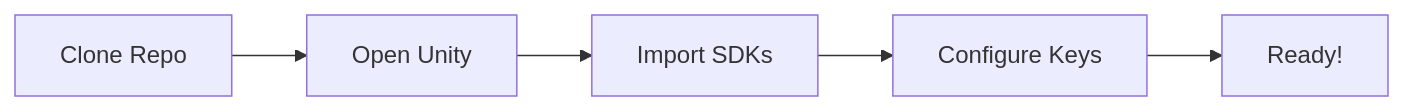
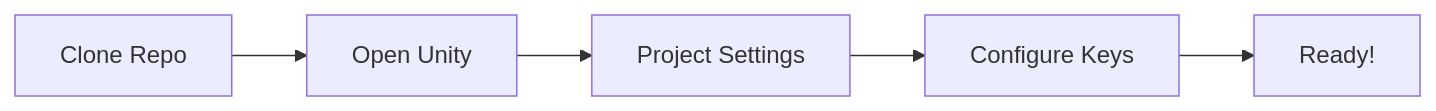
One commit to Jeonhyeonmin/BlockFlow-Engine changed the third of 6 diagrams in README.md. Above: the diagram before and after it, drawn with Mermaid.

````diff
--- a/README.md
+++ b/README.md
@@ -109,7 +109,7 @@
 ```mermaid
 graph LR
     A[Clone Repo] --> B[Open Unity]
-    B --> C[Import SDKs]
+    B --> C[Project Settings]
     C --> D[Configure Keys]
     D --> E[Ready!]
 ```
````
